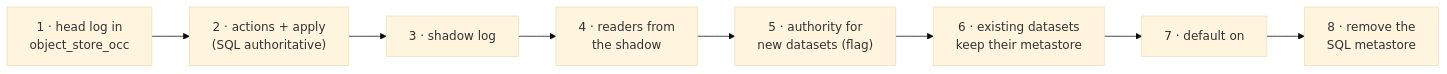
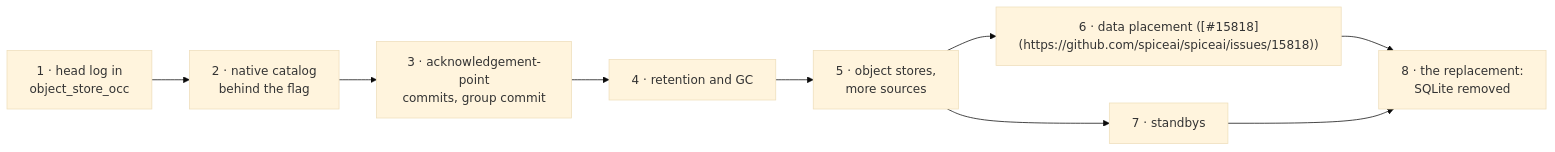
Before and after one commit to spiceai/spiceai: the fifth of 5 diagrams in docs/design/object-native-metastore-technical.md, drawn with Mermaid (base theme). The commit also changed other lines of this file and 2 other files, not shown here.

First line of the commit message:
docs(cayenne): restructure the object-native metastore design around the Enhancement and the prototype

````diff
--- a/docs/design/object-native-metastore-technical.md
+++ b/docs/design/object-native-metastore-technical.md
@@ -2125,10 +1192,11 @@
 ```mermaid
 flowchart LR
-    S1["1 · head log in<br/>object_store_occ"] --> S2["2 · actions + apply<br/>(SQL authoritative)"]
-    S2 --> S3["3 · shadow log"]
-    S3 --> S4["4 · readers from<br/>the shadow"]
-    S4 --> S5["5 · authority for<br/>new datasets (flag)"]
-    S5 --> S6["6 · existing datasets<br/>keep their metastore"]
-    S6 --> S7["7 · default on"]
-    S7 --> S8["8 · remove the<br/>SQL metastore"]
+    S1["1 · head log in<br/>object_store_occ"] --> S2["2 · native catalog<br/>behind the flag"]
+    S2 --> S3["3 · acknowledgement-point<br/>commits, group commit"]
+    S3 --> S4["4 · retention and GC"]
+    S4 --> S5["5 · object stores,<br/>more sources"]
+    S5 --> S6["6 · data placement ([#15818](https://github.com/spiceai/spiceai/issues/15818))"]
+    S5 --> S7["7 · standbys"]
+    S6 --> S8["8 · the replacement:<br/>SQLite removed"]
+    S7 --> S8
 ```
````
